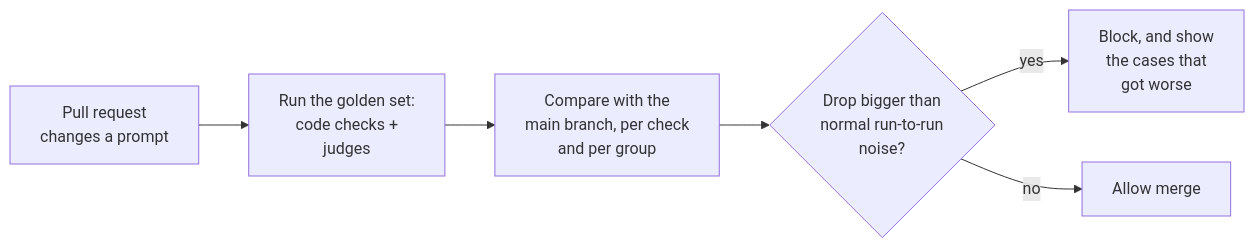
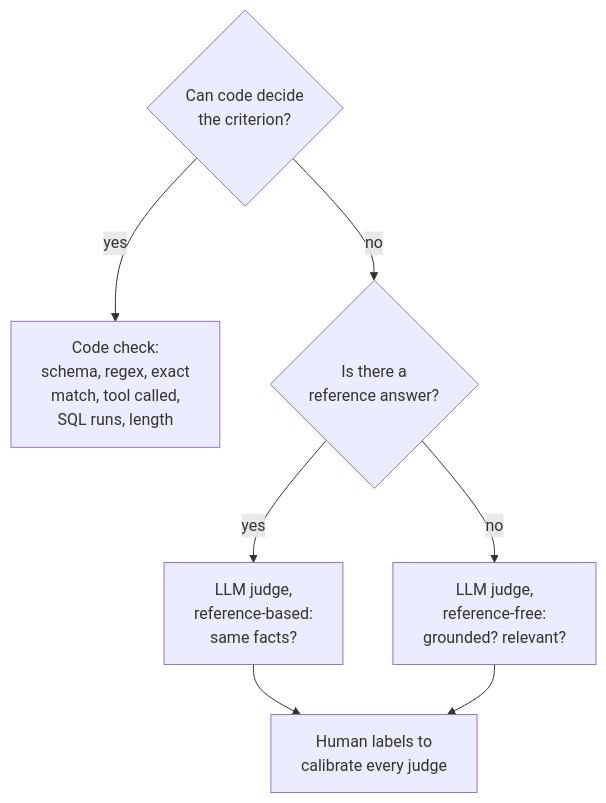
Before and after one commit to shubamchaudhary/CodeNITW: the fourth of 7 diagrams in src/Data/aiStackDocs/CH-08.md, drawn with Mermaid. The commit also changed other lines of this file and 5 other files, not shown here.

First line of the commit message:
AI Stack: evals section rewritten concept-first, with a mind map

````diff
--- a/src/Data/aiStackDocs/CH-08.md
+++ b/src/Data/aiStackDocs/CH-08.md
@@ -86,8 +128,9 @@
 ```mermaid
-flowchart LR
-    PR["Pull request<br/>changes a prompt"] --> RUN["Run the golden set:<br/>code checks +<br/>judges"]
-    RUN --> CMP["Compare with the<br/>main branch, per check<br/>and per group"]
-    CMP --> TOL{"Drop bigger than<br/>normal run-to-run<br/>noise?"}
-    TOL -->|"yes"| BLK["Block, and show<br/>the cases that<br/>got worse"]
-    TOL -->|"no"| OK["Allow merge"]
+flowchart TB
+    Q{"Can code decide<br/>the criterion?"} -->|"yes"| C["Code check:<br/>schema, regex, exact<br/>match, tool called,<br/>SQL runs, length"]
+    Q -->|"no"| R{"Is there a<br/>reference answer?"}
+    R -->|"yes"| J1["LLM judge,<br/>reference-based:<br/>same facts?"]
+    R -->|"no"| J2["LLM judge,<br/>reference-free:<br/>grounded? relevant?"]
+    J1 --> H["Human labels to<br/>calibrate every judge"]
+    J2 --> H
 ```
````
